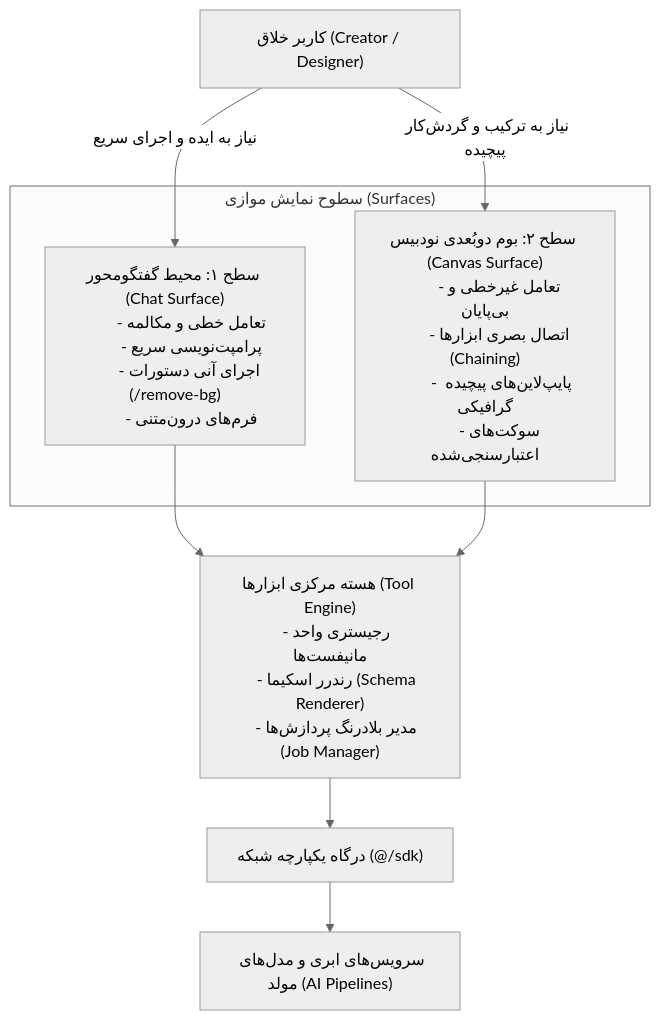
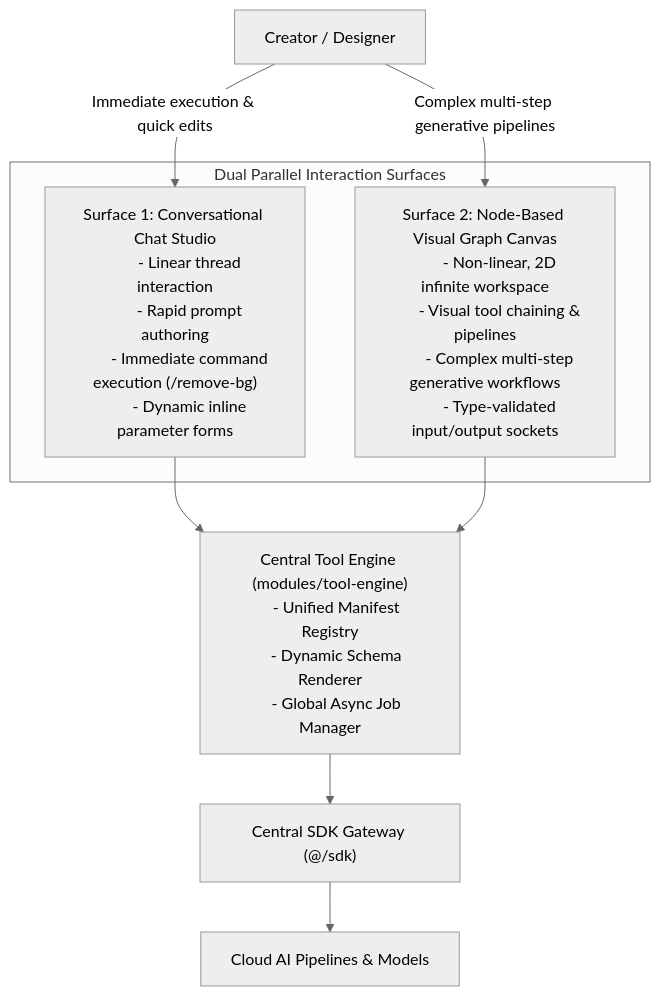
Before and after one commit to lemmo-lab/app: the diagram in PROPOSAL.md, drawn with Mermaid (neutral theme). The commit also changed other lines of this file and 128 other files, not shown here.

````diff
--- a/PROPOSAL.md
+++ b/PROPOSAL.md
@@ -23,30 +23,30 @@
 ```mermaid
 flowchart TD
-    User["کاربر خلاق (Creator / Designer)"]
+    User["Creator / Designer"]
     
-    subgraph Surfaces["سطوح نمایش موازی (Surfaces)"]
-        Chat["سطح ۱: محیط گفتگومحور (Chat Surface)
-        - تعامل خطی و مکالمه
-        - پرامپت‌نویسی سریع
-        - اجرای آنی دستورات (/remove-bg)
-        - فرم‌های درون‌متنی"]
+    subgraph Surfaces["Dual Parallel Interaction Surfaces"]
+        Chat["Surface 1: Conversational Chat Studio
+        - Linear thread interaction
+        - Rapid prompt authoring
+        - Immediate command execution (/remove-bg)
+        - Dynamic inline parameter forms"]
         
-        Canvas["سطح ۲: بوم دوبُعدی نودبیس (Canvas Surface)
-        - تعامل غیرخطی و بی‌پایان
-        - اتصال بصری ابزارها (Chaining)
-        - پایپ‌لاین‌های پیچیده گرافیکی
-        - سوکت‌های اعتبارسنجی‌شده"]
+        Canvas["Surface 2: Node-Based Visual Graph Canvas
+        - Non-linear, 2D infinite workspace
+        - Visual tool chaining & pipelines
+        - Complex multi-step generative workflows
+        - Type-validated input/output sockets"]
     end
     
-    User -->|نیاز به ایده و اجرای سریع| Chat
-    User -->|نیاز به ترکیب و گردش‌کار پیچیده| Canvas
+    User -->|Immediate execution & quick edits| Chat
+    User -->|Complex multi-step generative pipelines| Canvas
     
-    Chat --> Engine["هسته مرکزی ابزارها (Tool Engine)
-    - رجیستری واحد مانیفست‌ها
-    - رندرر اسکیما (Schema Renderer)
-    - مدیر بلادرنگ پردازش‌ها (Job Manager)"]
+    Chat --> Engine["Central Tool Engine (modules/tool-engine)
+    - Unified Manifest Registry
+    - Dynamic Schema Renderer
+    - Global Async Job Manager"]
     Canvas --> Engine
     
-    Engine --> SDK["درگاه یکپارچه شبکه (@/sdk)"]
-    SDK --> Backend["سرویس‌های ابری و مدل‌های مولد (AI Pipelines)"]
+    Engine --> SDK["Central SDK Gateway (@/sdk)"]
+    SDK --> Backend["Cloud AI Pipelines & Models"]
 ```
````
